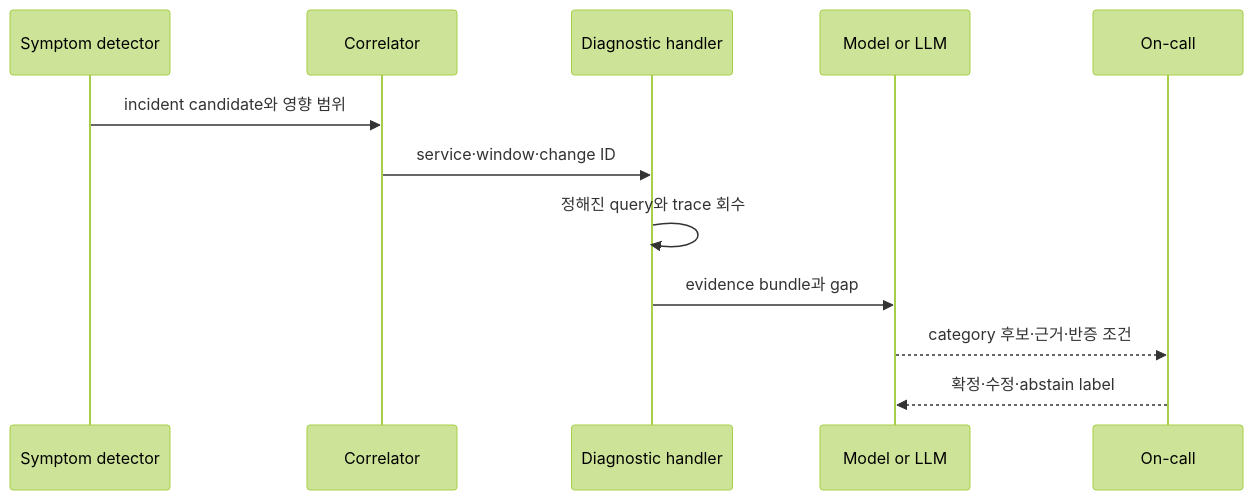
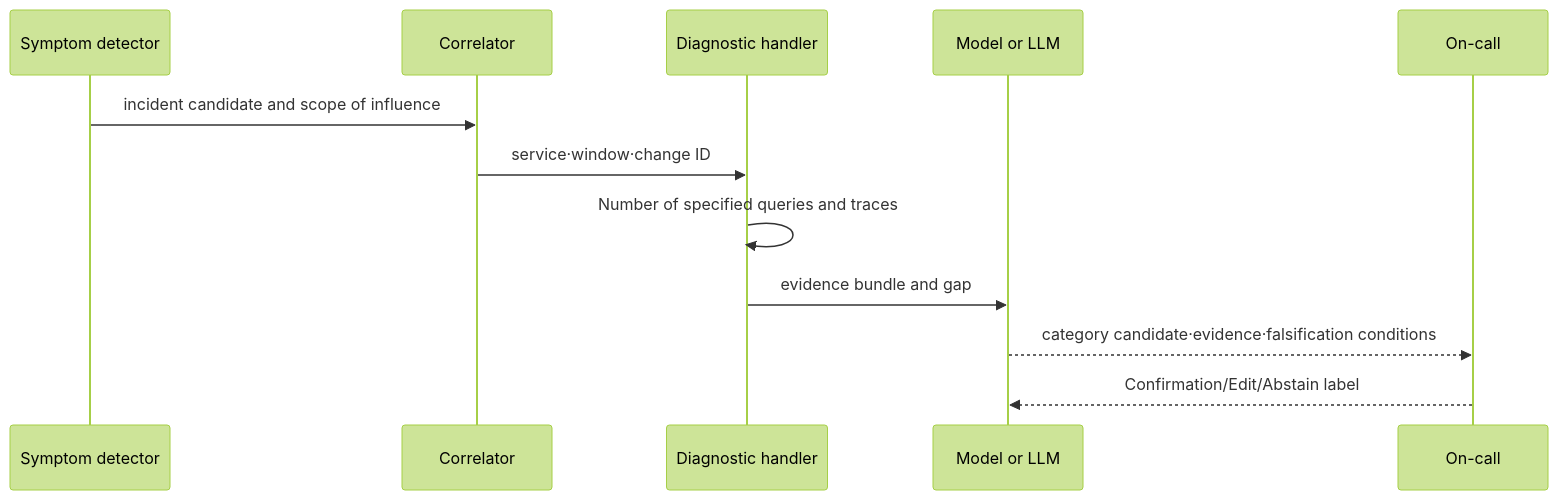
Before and after one commit to nohdol97/nohdol-study: the diagram in docs-site/content/aiops-diagnosis/01-detection-correlation-rca.md, drawn with Mermaid (forest theme). The commit also changed other lines of this file and 116 other files, not shown here.

````diff
--- a/docs-site/content/aiops-diagnosis/01-detection-correlation-rca.md
+++ b/docs-site/content/aiops-diagnosis/01-detection-correlation-rca.md
@@ -26,14 +26,14 @@
 ```mermaid
 sequenceDiagram
   participant S as Symptom detector
   participant C as Correlator
   participant H as Diagnostic handler
   participant M as Model or LLM
   participant O as On-call
-  S->>C: incident candidate와 영향 범위
+  S->>C: incident candidate and scope of influence
   C->>H: service·window·change ID
-  H->>H: 정해진 query와 trace 회수
-  H->>M: evidence bundle과 gap
-  M-->>O: category 후보·근거·반증 조건
-  O-->>M: 확정·수정·abstain label
+  H->>H: Number of specified queries and traces
+  H->>M: evidence bundle and gap
+  M-->>O: category candidate·evidence·falsification conditions
+  O-->>M: Confirmation/Edit/Abstain label
 ```
````
